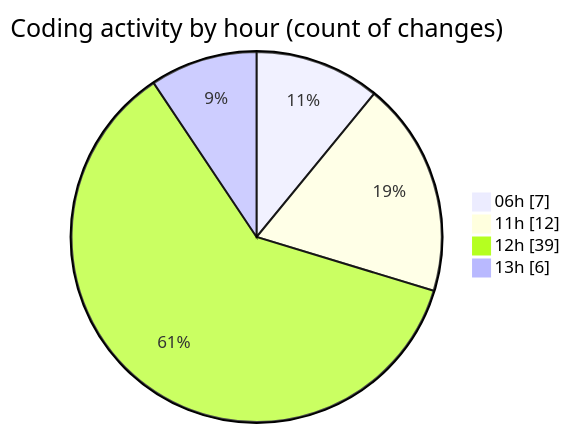
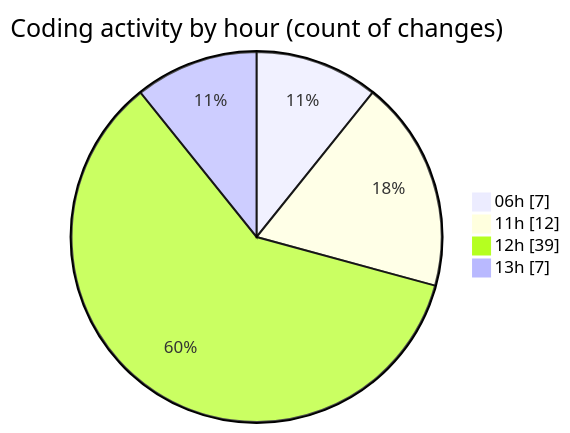
One commit to EIIisD/code-tracking changed the second of 2 diagrams in 2025-07-14/ribbon/README.md. Above: the diagram before and after it, drawn with Mermaid. The commit also changed other lines of this file and 1 other file, not shown here.

````diff
--- a/2025-07-14/ribbon/README.md
+++ b/2025-07-14/ribbon/README.md
@@ -54,8 +54,8 @@
 ```mermaid
 pie showData
 title Coding activity by hour (count of changes)
 "06h" : 7
 "11h" : 12
 "12h" : 39
-"13h" : 6
+"13h" : 7
 ```
````
